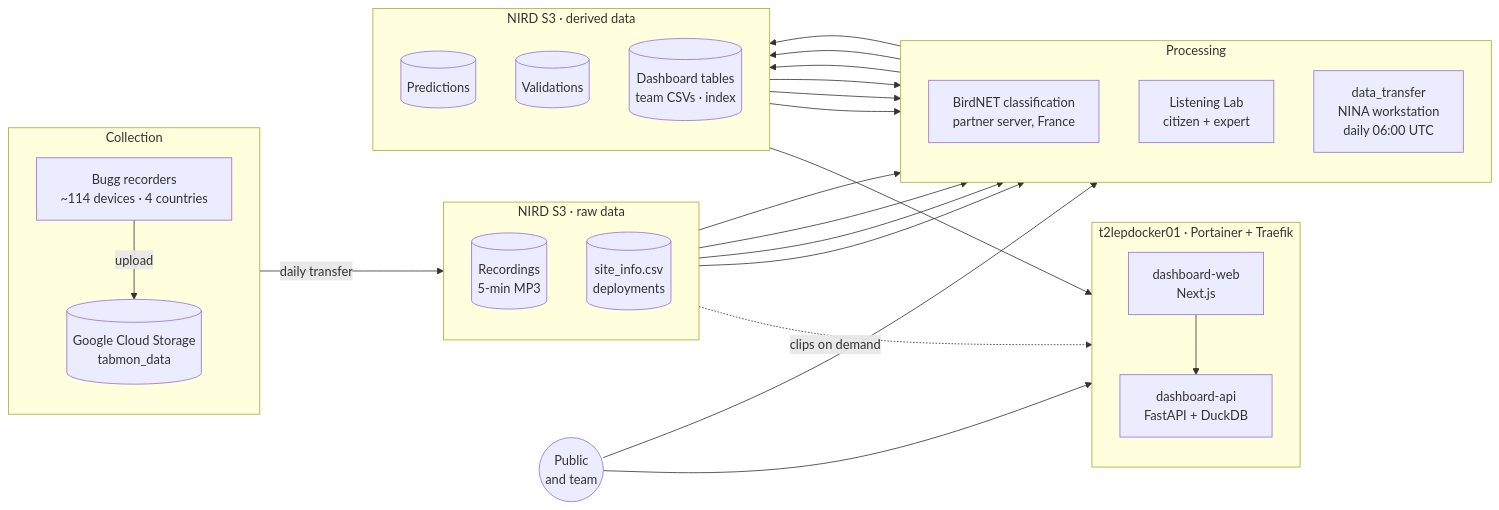
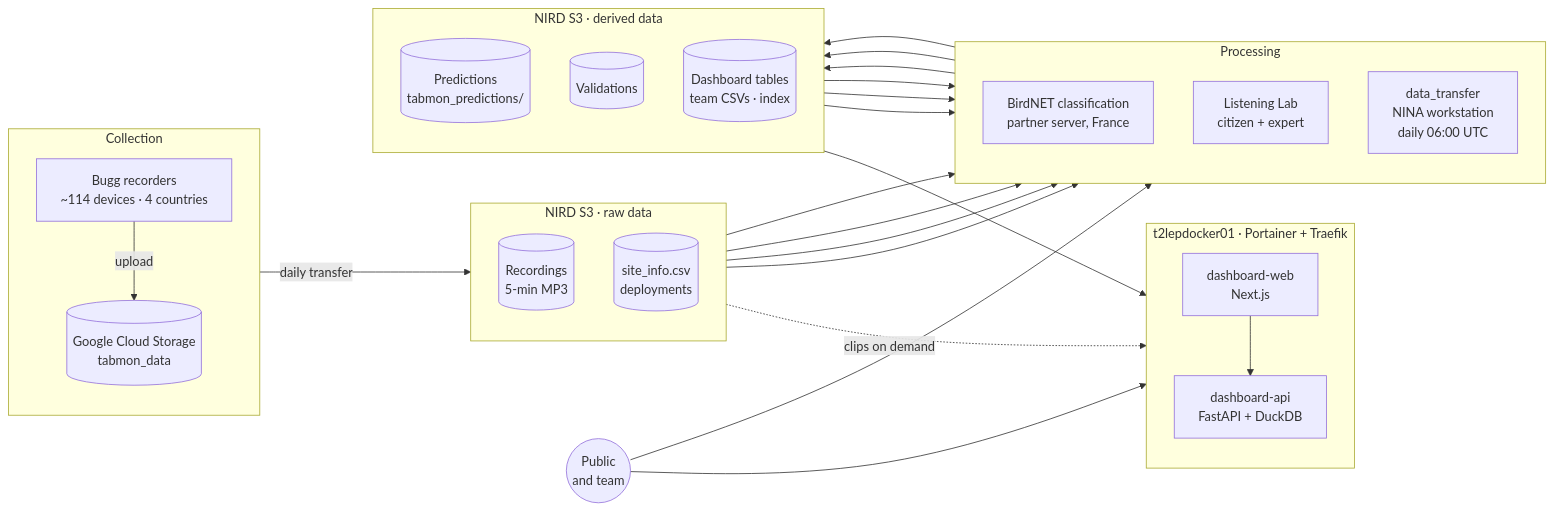
One commit to NINAnor/tabmon_dashboard changed the first of 3 diagrams in ARCHITECTURE.md. Above: the diagram before and after it, drawn with Mermaid. The commit also changed other lines of this file, not shown here.

Commit message:
ARCHITECTURE.md: annotated S3 bucket layout (paths, file patterns, sizes) and who reads and writes each part

````diff
--- a/ARCHITECTURE.md
+++ b/ARCHITECTURE.md
@@ -29,42 +29,42 @@
 ```mermaid
 flowchart LR
   subgraph C1["Collection"]
     direction TB
     B["Bugg recorders<br/>~114 devices · 4 countries"] -->|upload| G[("Google Cloud Storage<br/>tabmon_data")]
   end
   subgraph C2["NIRD S3 · raw data"]
     direction TB
     A[("Recordings<br/>5-min MP3")]
     S[("site_info.csv<br/>deployments")]
   end
   subgraph C3["Processing"]
     direction TB
     CL["BirdNET classification<br/>partner server, France"]
     LL["Listening Lab<br/>citizen + expert"]
     DT["data_transfer<br/>NINA workstation<br/>daily 06:00 UTC"]
   end
   subgraph C4["NIRD S3 · derived data"]
     direction TB
-    P[("Predictions")]
+    P[("Predictions<br/>tabmon_predictions/")]
     V[("Validations")]
     D[("Dashboard tables<br/>team CSVs · index")]
   end
   subgraph C5["t2lepdocker01 · Portainer + Traefik"]
     direction TB
     W["dashboard-web<br/>Next.js"] --> API["dashboard-api<br/>FastAPI + DuckDB"]
   end
   U(("Public<br/>and team"))
 
   G -->|"daily transfer"| A
   A --> CL --> P
   A --> LL --> V
   P --> LL
   A --> DT
   S --> DT
   P --> DT
   V --> DT
   DT --> D --> API
   A -.->|"clips on demand"| API
   U --> W
   U --> LL
 ```
````
